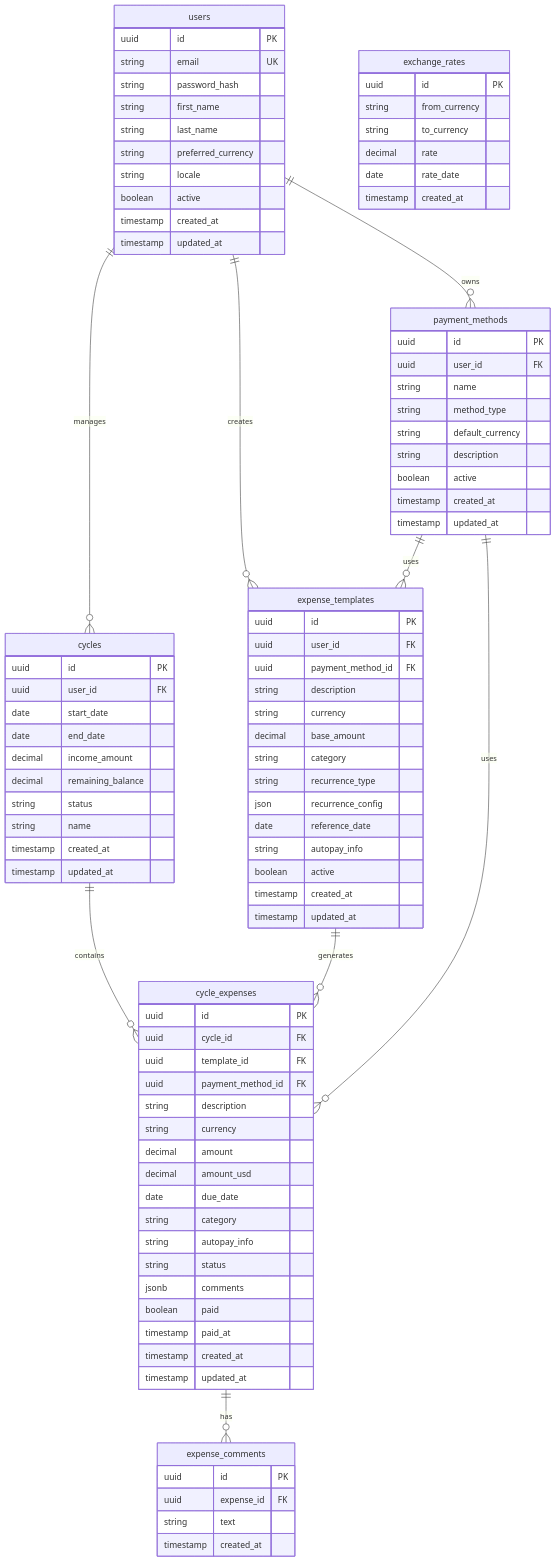
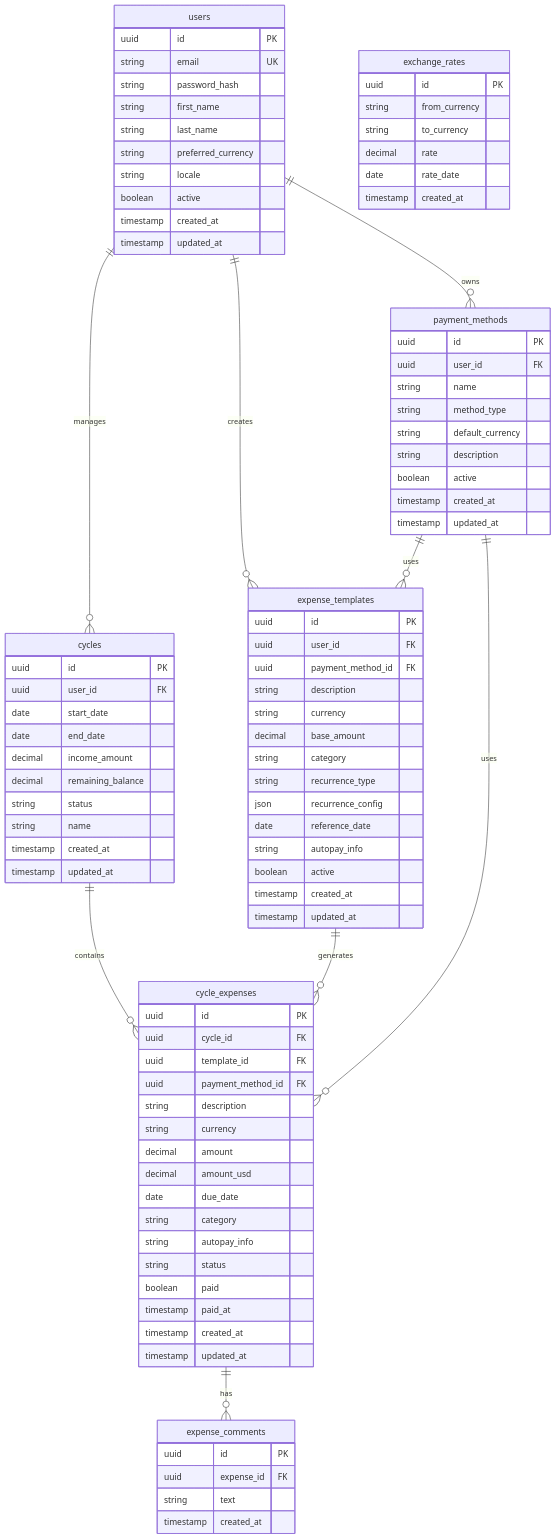
Before and after one commit to jcarranz97/colony: the diagram in docs/architecture/database-schema.md, drawn with Mermaid. The commit also changed other lines of this file, not shown here.

Commit message:
Remove legacy comments

```diff
--- a/docs/architecture/database-schema.md
+++ b/docs/architecture/database-schema.md
@@ -92,7 +92,6 @@
         string category
         string autopay_info
         string status
-        jsonb comments
         boolean paid
         timestamp paid_at
         timestamp created_at
```
